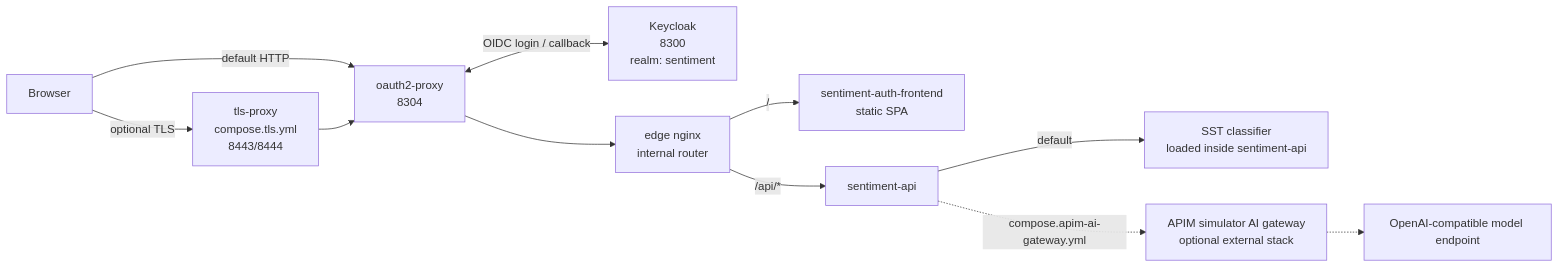
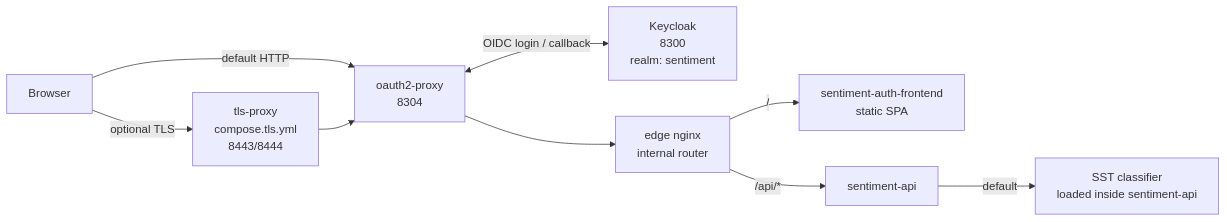
Before and after one commit to nickromney/platform: the first of 4 diagrams in apps/sentiment/docs/COMPOSE-ARCHITECTURE.md, drawn with Mermaid. The commit also changed other lines of this file and 388 other files, not shown here.

Commit message:
Add gateway identity support to APIM simulator (#114)

````diff
--- a/apps/sentiment/docs/COMPOSE-ARCHITECTURE.md
+++ b/apps/sentiment/docs/COMPOSE-ARCHITECTURE.md
@@ -24,24 +21,20 @@
 ```mermaid
 flowchart LR
     Browser["Browser"]
     TLS["tls-proxy<br/>compose.tls.yml<br/>8443/8444"]
     OAuth["oauth2-proxy<br/>8304"]
     KC["Keycloak<br/>8300<br/>realm: sentiment"]
     Edge["edge nginx<br/>internal router"]
     UI["sentiment-auth-frontend<br/>static SPA"]
     API["sentiment-api"]
     SST["SST classifier<br/>loaded inside sentiment-api"]
-    APIM["APIM simulator AI gateway<br/>optional external stack"]
-    Model["OpenAI-compatible model endpoint"]
 
     Browser -->|"default HTTP"| OAuth
     Browser -->|"optional TLS"| TLS
     TLS --> OAuth
     OAuth <-->|"OIDC login / callback"| KC
     OAuth --> Edge
     Edge -->|" / "| UI
     Edge -->|" /api/* "| API
     API -->|"default"| SST
-    API -.->|"compose.apim-ai-gateway.yml"| APIM
-    APIM -.-> Model
 ```
````
